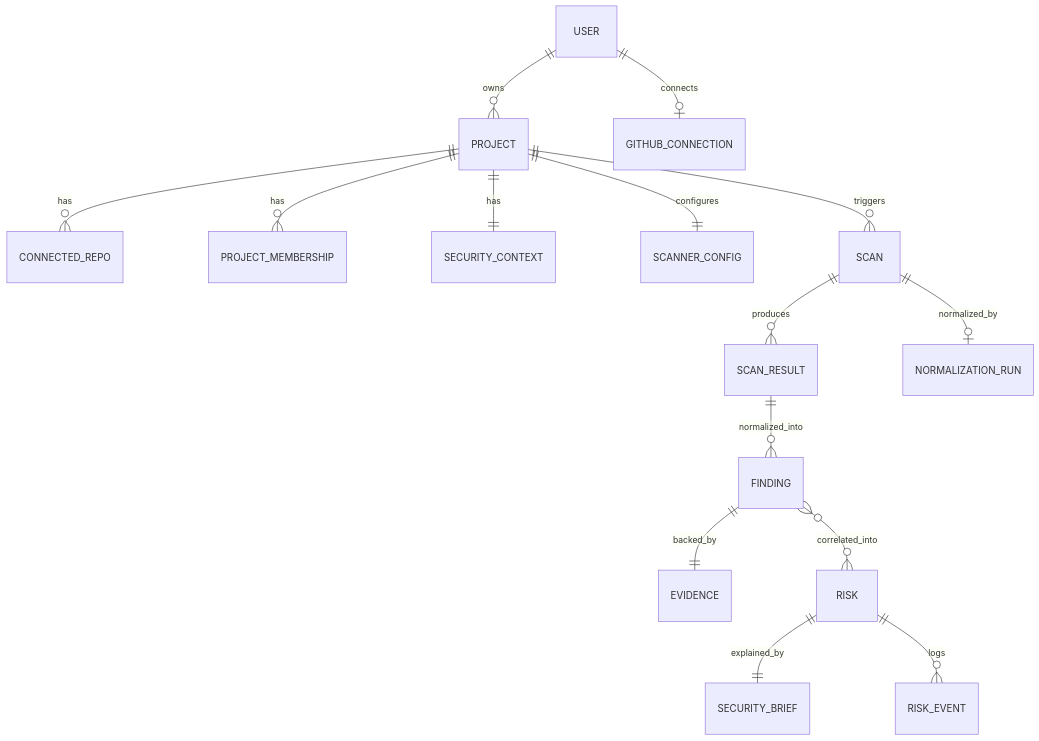
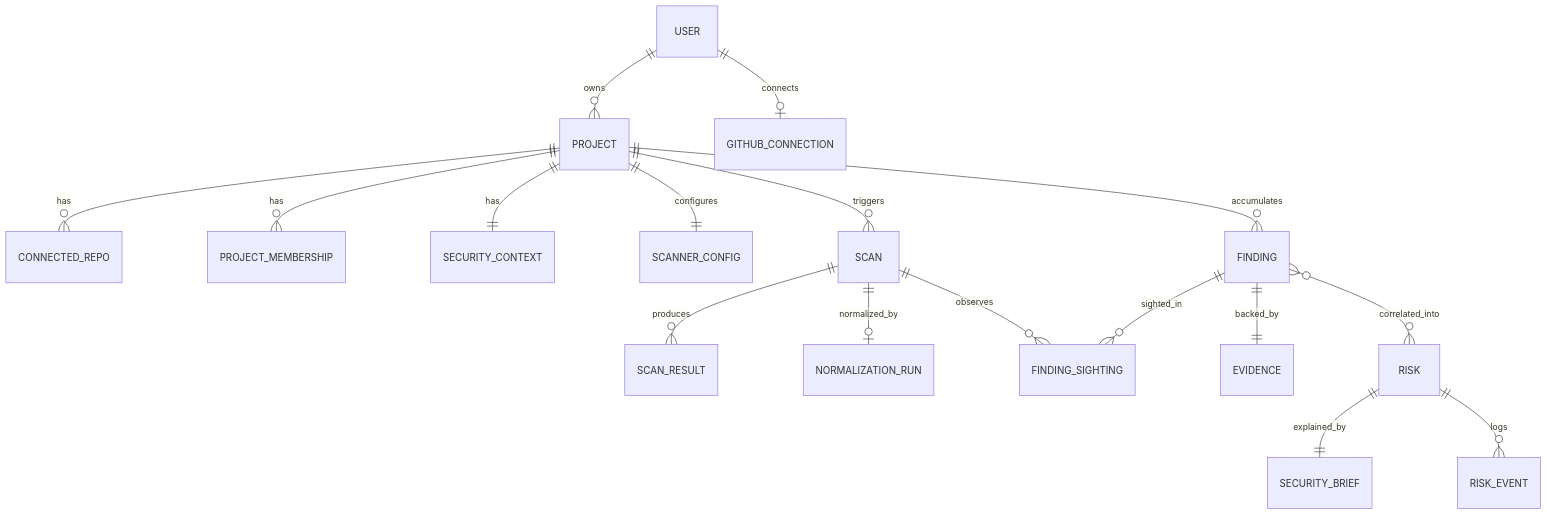
The first of 2 diagrams in docs/ARCHITECTURE.md (CarlosPD8/Verion), drawn with Mermaid before and after one commit. The commit also changed other lines of this file and 15 other files, not shown here.

````diff
--- a/docs/ARCHITECTURE.md
+++ b/docs/ARCHITECTURE.md
@@ -214,17 +251,19 @@
 ```mermaid
 erDiagram
     USER ||--o{ PROJECT : owns
     USER ||--o| GITHUB_CONNECTION : connects
     PROJECT ||--o{ CONNECTED_REPO : has
     PROJECT ||--o{ PROJECT_MEMBERSHIP : has
     PROJECT ||--|| SECURITY_CONTEXT : has
     PROJECT ||--|| SCANNER_CONFIG : configures
     PROJECT ||--o{ SCAN : triggers
     SCAN ||--o{ SCAN_RESULT : produces
     SCAN ||--o| NORMALIZATION_RUN : normalized_by
-    SCAN_RESULT ||--o{ FINDING : normalized_into
+    PROJECT ||--o{ FINDING : accumulates
+    FINDING ||--o{ FINDING_SIGHTING : sighted_in
+    SCAN ||--o{ FINDING_SIGHTING : observes
     FINDING ||--|| EVIDENCE : backed_by
     FINDING }o--o{ RISK : correlated_into
     RISK ||--|| SECURITY_BRIEF : explained_by
     RISK ||--o{ RISK_EVENT : logs
 ```
````
